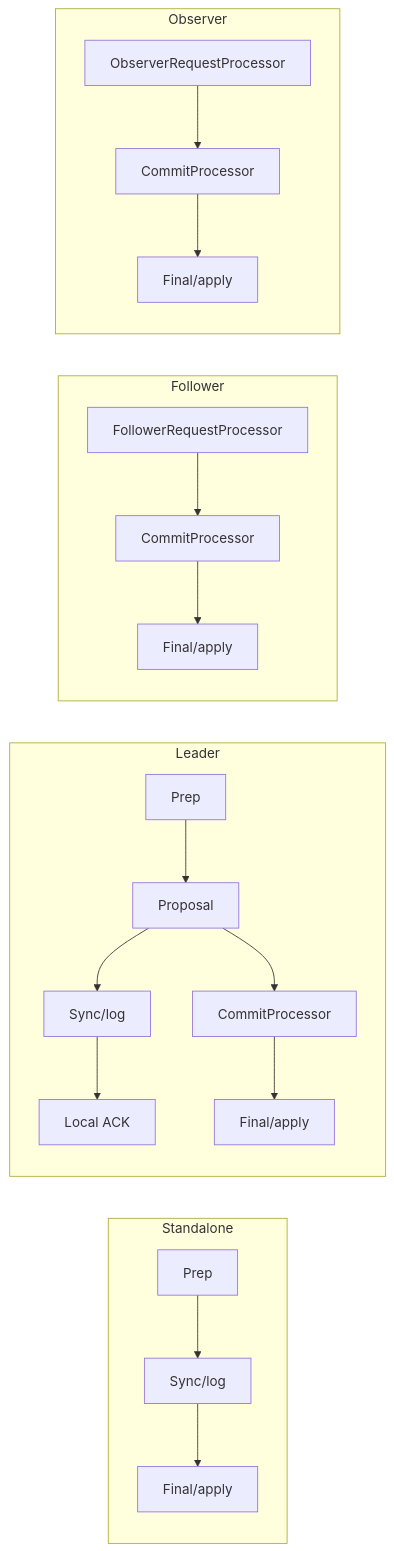
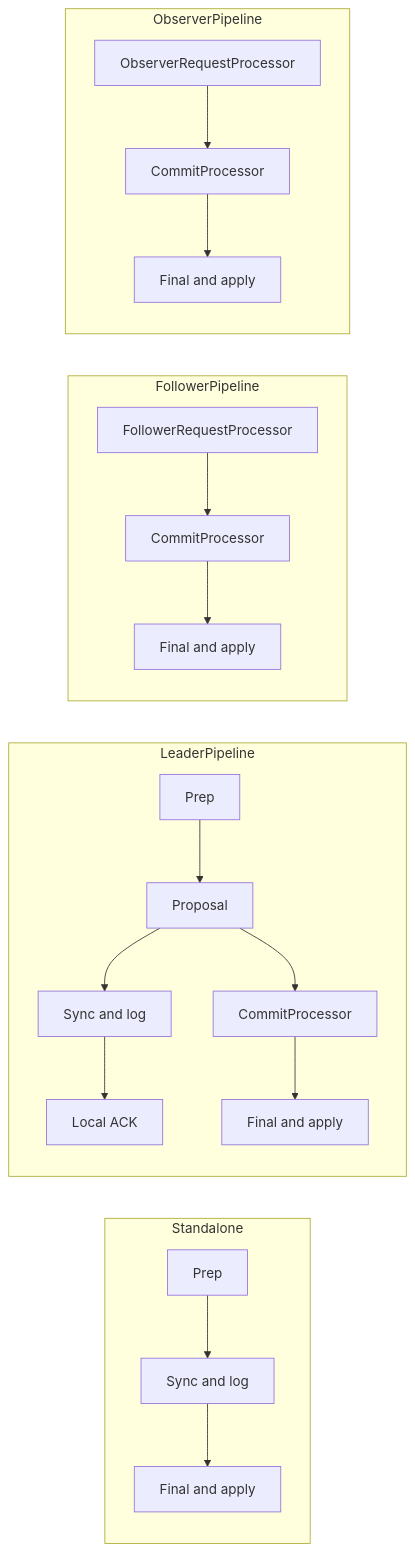
Before and after one commit to harshvsingh8/dsys: the sixth of 11 diagrams in explore/zookeeper/SERVER_ARCHITECTURE.md, drawn with Mermaid. The commit also changed other lines of this file, not shown here.

First line of the commit message:
Fix GitHub Mermaid diagram rendering

````diff
--- a/explore/zookeeper/SERVER_ARCHITECTURE.md
+++ b/explore/zookeeper/SERVER_ARCHITECTURE.md
@@ -400,24 +377,22 @@
 ```mermaid
-flowchart LR
+graph LR;
     subgraph Standalone
-        SP[Prep] --> SS[Sync/log] --> SF[Final/apply]
+        SP["Prep"] --> SS["Sync and log"];
+        SS --> SF["Final and apply"];
     end
-
-    subgraph LeaderPipeline["Leader"]
-        LP[Prep] --> LProp[Proposal]
-        LProp --> LSync[Sync/log]
-        LSync --> LAck[Local ACK]
-        LProp --> LCommit[CommitProcessor]
-        LCommit --> LFinal[Final/apply]
+    subgraph LeaderPipeline
+        LP["Prep"] --> LProp["Proposal"];
+        LProp --> LSync["Sync and log"];
+        LSync --> LAck["Local ACK"];
+        LProp --> LCommit["CommitProcessor"];
+        LCommit --> LFinal["Final and apply"];
     end
-
-    subgraph FollowerPipeline["Follower"]
-        FR[FollowerRequestProcessor] --> FC[CommitProcessor]
-        FC --> FF[Final/apply]
+    subgraph FollowerPipeline
+        FR["FollowerRequestProcessor"] --> FC["CommitProcessor"];
+        FC --> FF["Final and apply"];
     end
-
-    subgraph ObserverPipeline["Observer"]
-        OR[ObserverRequestProcessor] --> OC[CommitProcessor]
-        OC --> OF[Final/apply]
+    subgraph ObserverPipeline
+        OR["ObserverRequestProcessor"] --> OC["CommitProcessor"];
+        OC --> OF["Final and apply"];
     end
 ```
````
